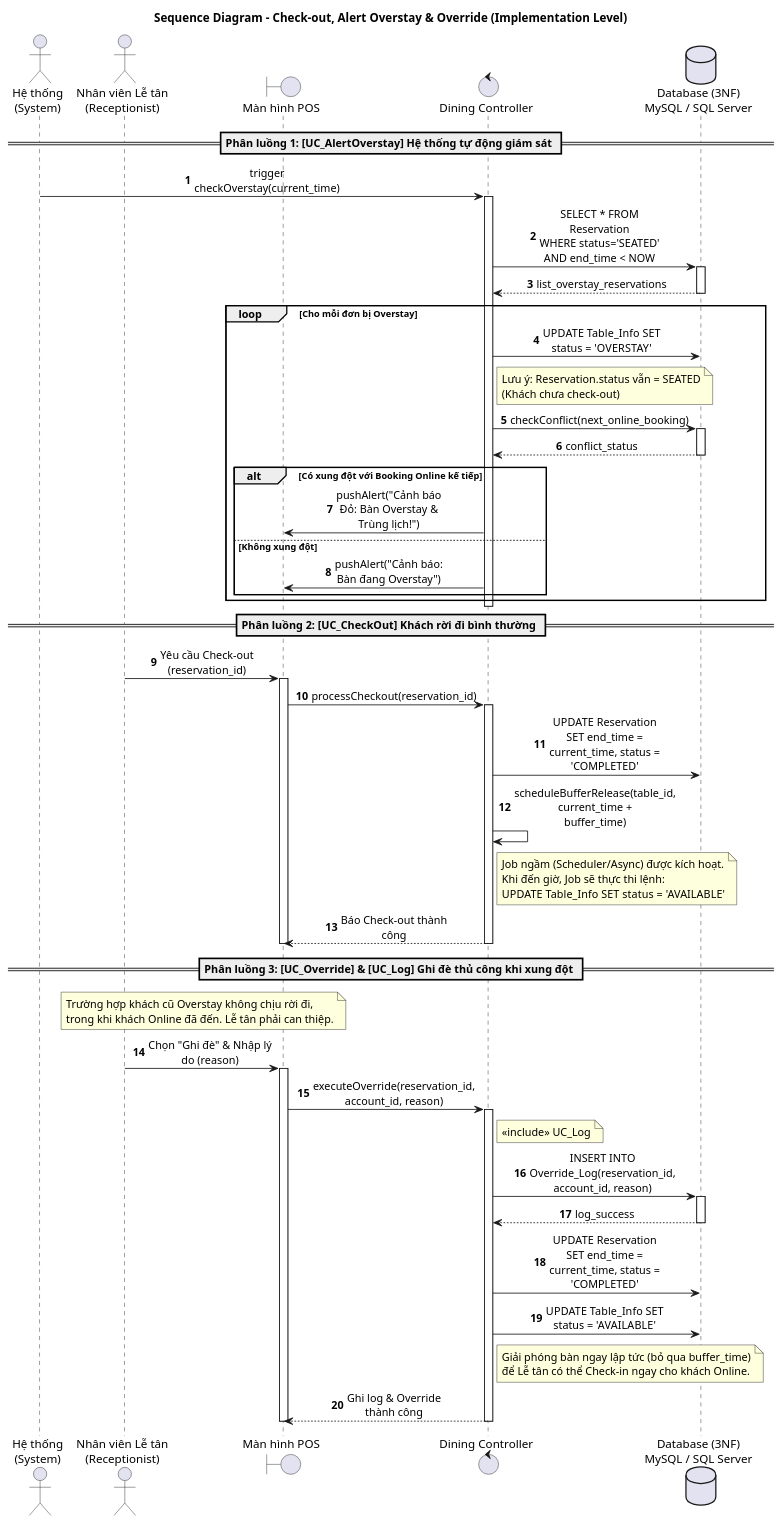
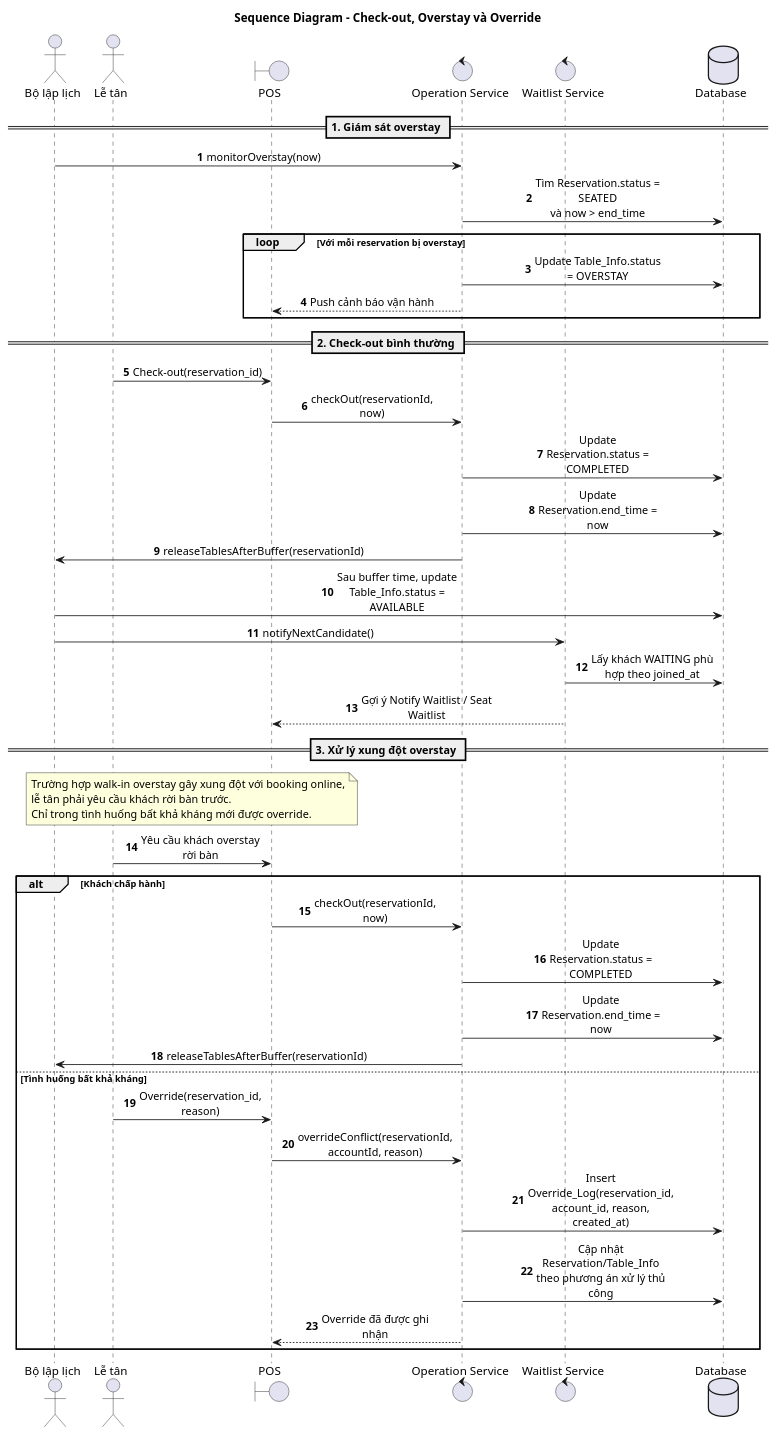
One commit to QuangLam0208/restaurant-reservation-system changed the diagram in docs/uml/sequence-check-out.puml. Above: the diagram before and after it, drawn with PlantUML. The commit also changed 13 other files, not shown here.

```diff
--- a/docs/uml/sequence-check-out.puml
+++ b/docs/uml/sequence-check-out.puml
@@ -1,95 +1,61 @@
 @startuml
-title Sequence Diagram - Check-out, Alert Overstay & Override (Implementation Level)
+title Sequence Diagram - Check-out, Overstay và Override
 autonumber
-skinparam maxMessageSize 150
+skinparam maxMessageSize 160
 skinparam sequence {
     ParticipantPadding 20
     MessageAlign center
 }
 
-actor "Hệ thống\n(System)" as System
-actor "Nhân viên Lễ tân\n(Receptionist)" as Receptionist
-boundary "Màn hình POS" as POS
-control "Dining Controller" as Controller
-database "Database (3NF)\nMySQL / SQL Server" as DB
+actor "Bộ lập lịch" as Scheduler
+actor "Lễ tân" as Receptionist
+boundary "POS" as POS
+control "Operation Service" as OperationService
+control "Waitlist Service" as WaitlistService
+database "Database" as DB
 
-== Phân luồng 1: [UC_AlertOverstay] Hệ thống tự động giám sát ==
-System -> Controller : trigger checkOverstay(current_time)
-activate Controller
+== 1. Giám sát overstay ==
+Scheduler -> OperationService : monitorOverstay(now)
+OperationService -> DB : Tìm Reservation.status = SEATED\nvà now > end_time
 
-Controller -> DB : SELECT * FROM Reservation \nWHERE status='SEATED' AND end_time < NOW
-activate DB
-DB --> Controller : list_overstay_reservations
-deactivate DB
+loop Với mỗi reservation bị overstay
+    OperationService -> DB : Update Table_Info.status = OVERSTAY
+    OperationService --> POS : Push cảnh báo vận hành
+end
 
-loop Cho mỗi đơn bị Overstay
-    Controller -> DB : UPDATE Table_Info SET status = 'OVERSTAY'
-    note right of Controller
-        Lưu ý: Reservation.status vẫn = SEATED
-        (Khách chưa check-out)
-    end note
+== 2. Check-out bình thường ==
+Receptionist -> POS : Check-out(reservation_id)
+POS -> OperationService : checkOut(reservationId, now)
+OperationService -> DB : Update Reservation.status = COMPLETED
+OperationService -> DB : Update Reservation.end_time = now
+OperationService -> Scheduler : releaseTablesAfterBuffer(reservationId)
 
-    Controller -> DB : checkConflict(next_online_booking)
-    activate DB
-    DB --> Controller : conflict_status
-    deactivate DB
+Scheduler -> DB : Sau buffer time, update Table_Info.status = AVAILABLE
+Scheduler -> WaitlistService : notifyNextCandidate()
+WaitlistService -> DB : Lấy khách WAITING phù hợp theo joined_at
+WaitlistService --> POS : Gợi ý Notify Waitlist / Seat Waitlist
 
-    alt Có xung đột với Booking Online kế tiếp
-        Controller -> POS : pushAlert("Cảnh báo Đỏ: Bàn Overstay & Trùng lịch!")
-    else Không xung đột
-        Controller -> POS : pushAlert("Cảnh báo: Bàn đang Overstay")
-    end
-end
-deactivate Controller
-
-== Phân luồng 2: [UC_CheckOut] Khách rời đi bình thường ==
-Receptionist -> POS : Yêu cầu Check-out (reservation_id)
-activate POS
-POS -> Controller : processCheckout(reservation_id)
-activate Controller
-
-Controller -> DB : UPDATE Reservation \nSET end_time = current_time, status = 'COMPLETED'
-
-Controller -> Controller : scheduleBufferRelease(table_id, current_time + buffer_time)
-note right of Controller
-    Job ngầm (Scheduler/Async) được kích hoạt.
-    Khi đến giờ, Job sẽ thực thi lệnh:
-    UPDATE Table_Info SET status = 'AVAILABLE'
+== 3. Xử lý xung đột overstay ==
+note over Receptionist, POS
+  Trường hợp walk-in overstay gây xung đột với booking online,
+  lễ tân phải yêu cầu khách rời bàn trước.
+  Chỉ trong tình huống bất khả kháng mới được override.
 end note
 
-Controller --> POS : Báo Check-out thành công
-deactivate Controller
-deactivate POS
+Receptionist -> POS : Yêu cầu khách overstay rời bàn
 
-== Phân luồng 3: [UC_Override] & [UC_Log] Ghi đè thủ công khi xung đột ==
-note over Receptionist, POS
-    Trường hợp khách cũ Overstay không chịu rời đi,
-    trong khi khách Online đã đến. Lễ tân phải can thiệp.
-end note
+alt Khách chấp hành
+    POS -> OperationService : checkOut(reservationId, now)
+    OperationService -> DB : Update Reservation.status = COMPLETED
+    OperationService -> DB : Update Reservation.end_time = now
+    OperationService -> Scheduler : releaseTablesAfterBuffer(reservationId)
 
-Receptionist -> POS : Chọn "Ghi đè" & Nhập lý do (reason)
-activate POS
-POS -> Controller : executeOverride(reservation_id, account_id, reason)
-activate Controller
-
-' Thực thi UC_Log (include)
-note right of Controller: <<include>> UC_Log
-Controller -> DB : INSERT INTO Override_Log(reservation_id, account_id, reason)
-activate DB
-DB --> Controller : log_success
-deactivate DB
-
-' Ép kết thúc đơn cũ và giải phóng bàn ngay lập tức
-Controller -> DB : UPDATE Reservation \nSET end_time = current_time, status = 'COMPLETED'
-Controller -> DB : UPDATE Table_Info SET status = 'AVAILABLE'
-
-note right of Controller
-    Giải phóng bàn ngay lập tức (bỏ qua buffer_time)
-    để Lễ tân có thể Check-in ngay cho khách Online.
-end note
-
-Controller --> POS : Ghi log & Override thành công
-deactivate Controller
-deactivate POS
+else Tình huống bất khả kháng
+    Receptionist -> POS : Override(reservation_id, reason)
+    POS -> OperationService : overrideConflict(reservationId, accountId, reason)
+    OperationService -> DB : Insert Override_Log(reservation_id, account_id, reason, created_at)
+    OperationService -> DB : Cập nhật Reservation/Table_Info theo phương án xử lý thủ công
+    OperationService --> POS : Override đã được ghi nhận
+end
 
 @enduml
```
